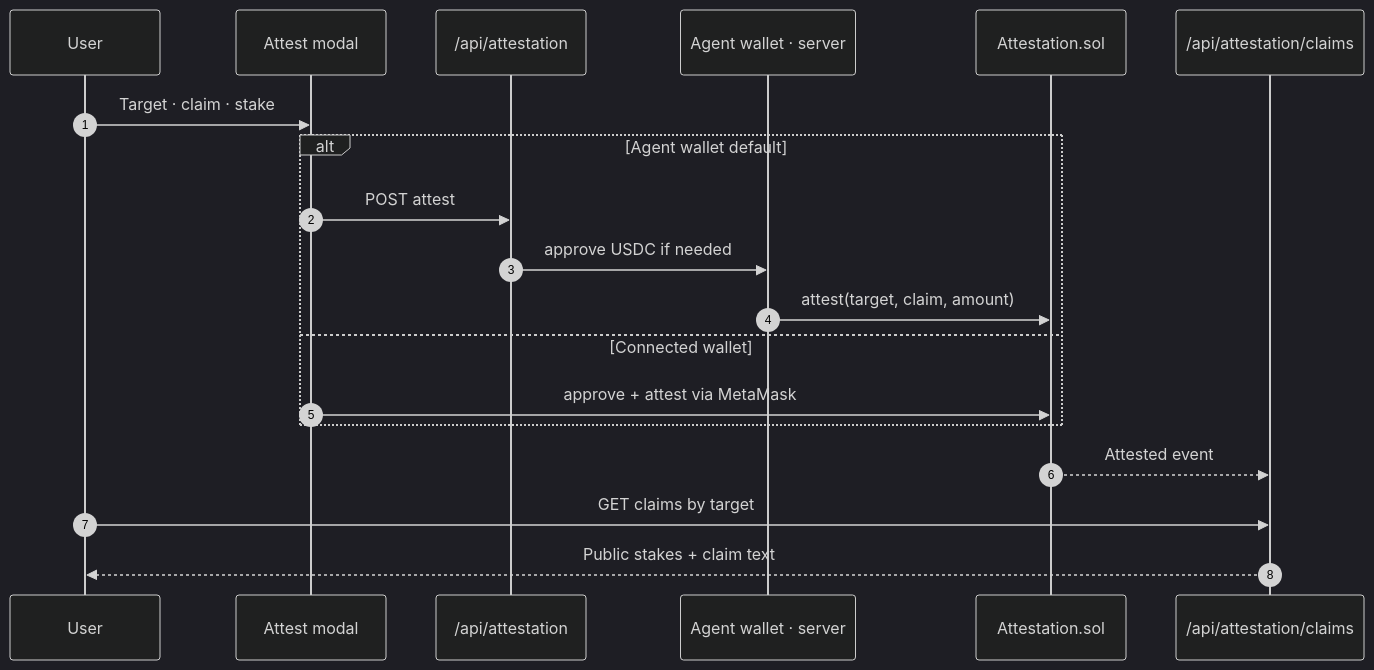
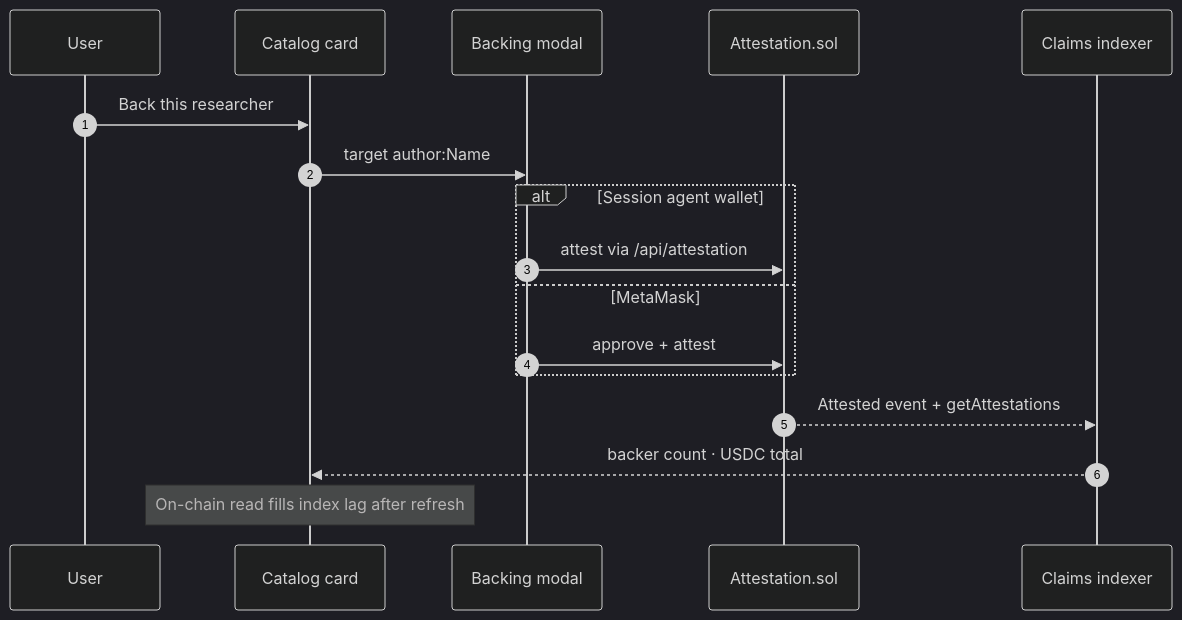
Before and after one commit to rudazy/citation-agent: the third of 3 diagrams in README.md, drawn with Mermaid (dark theme). The commit also changed other lines of this file and 92 other files, not shown here.

Commit message:
catalog, unlock persistence, backing display

````diff
--- a/README.md
+++ b/README.md
@@ -108,22 +114,20 @@
 ```mermaid
 sequenceDiagram
   autonumber
   participant User
-  participant UI as Attest modal
-  participant API as /api/attestation
-  participant Wallet as Agent wallet · server
-  participant Contract as Attestation.sol
-  participant Registry as /api/attestation/claims
+  participant Card as Catalog card
+  participant Modal as Backing modal
+  participant Chain as Attestation.sol
+  participant Index as Claims indexer
 
-  User->>UI: Target · claim · stake
-  alt Agent wallet default
-    UI->>API: POST attest
-    API->>Wallet: approve USDC if needed
-    Wallet->>Contract: attest(target, claim, amount)
-  else Connected wallet
-    UI->>Contract: approve + attest via MetaMask
+  User->>Card: Back this researcher
+  Card->>Modal: target author:Name
+  alt Session agent wallet
+    Modal->>Chain: attest via /api/attestation
+  else MetaMask
+    Modal->>Chain: approve + attest
   end
-  Contract-->>Registry: Attested event
-  User->>Registry: GET claims by target
-  Registry-->>User: Public stakes + claim text
+  Chain-->>Index: Attested event + getAttestations
+  Index-->>Card: backer count · USDC total
+  Note over Card: On-chain read fills index lag after refresh
 ```
````
